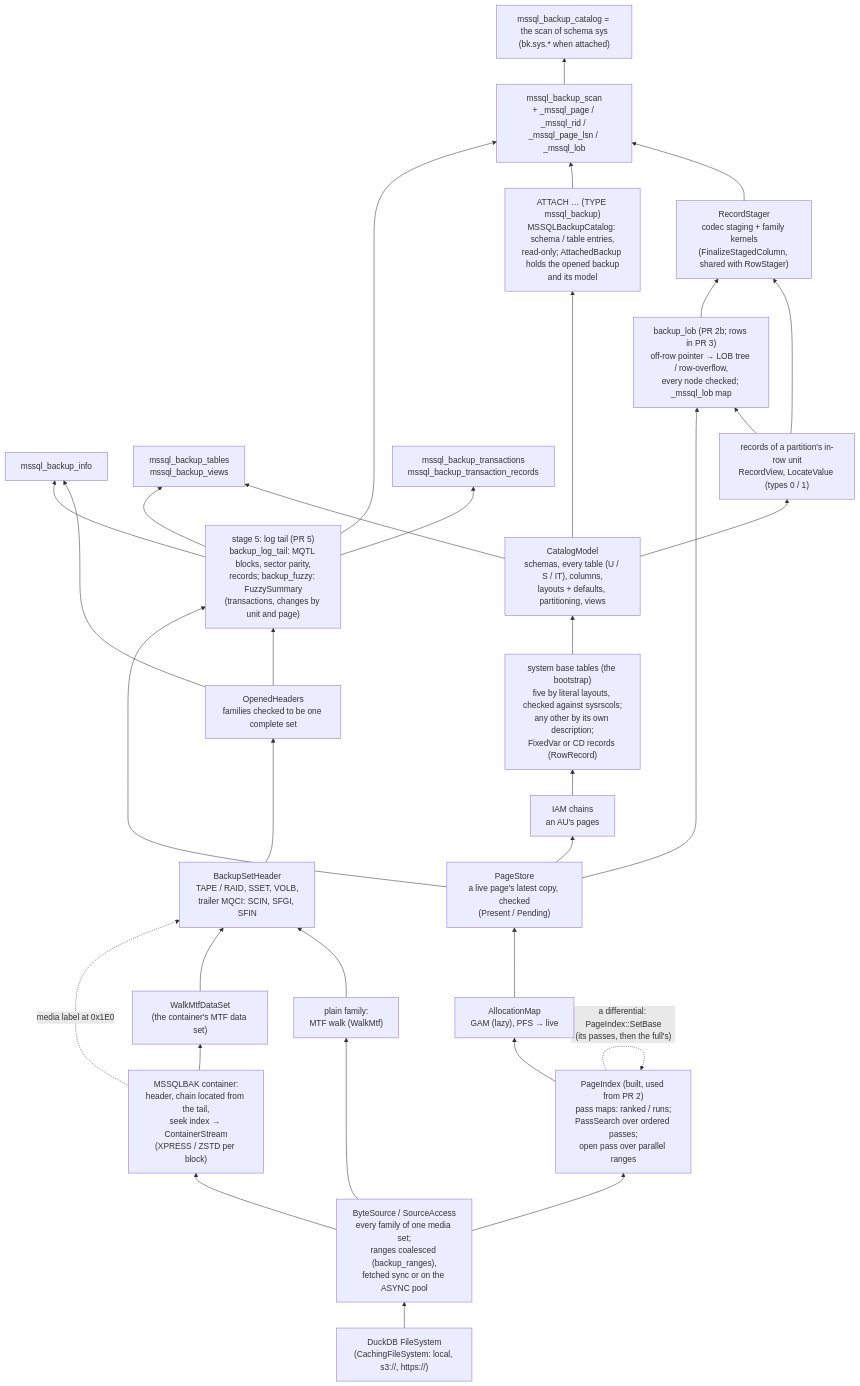
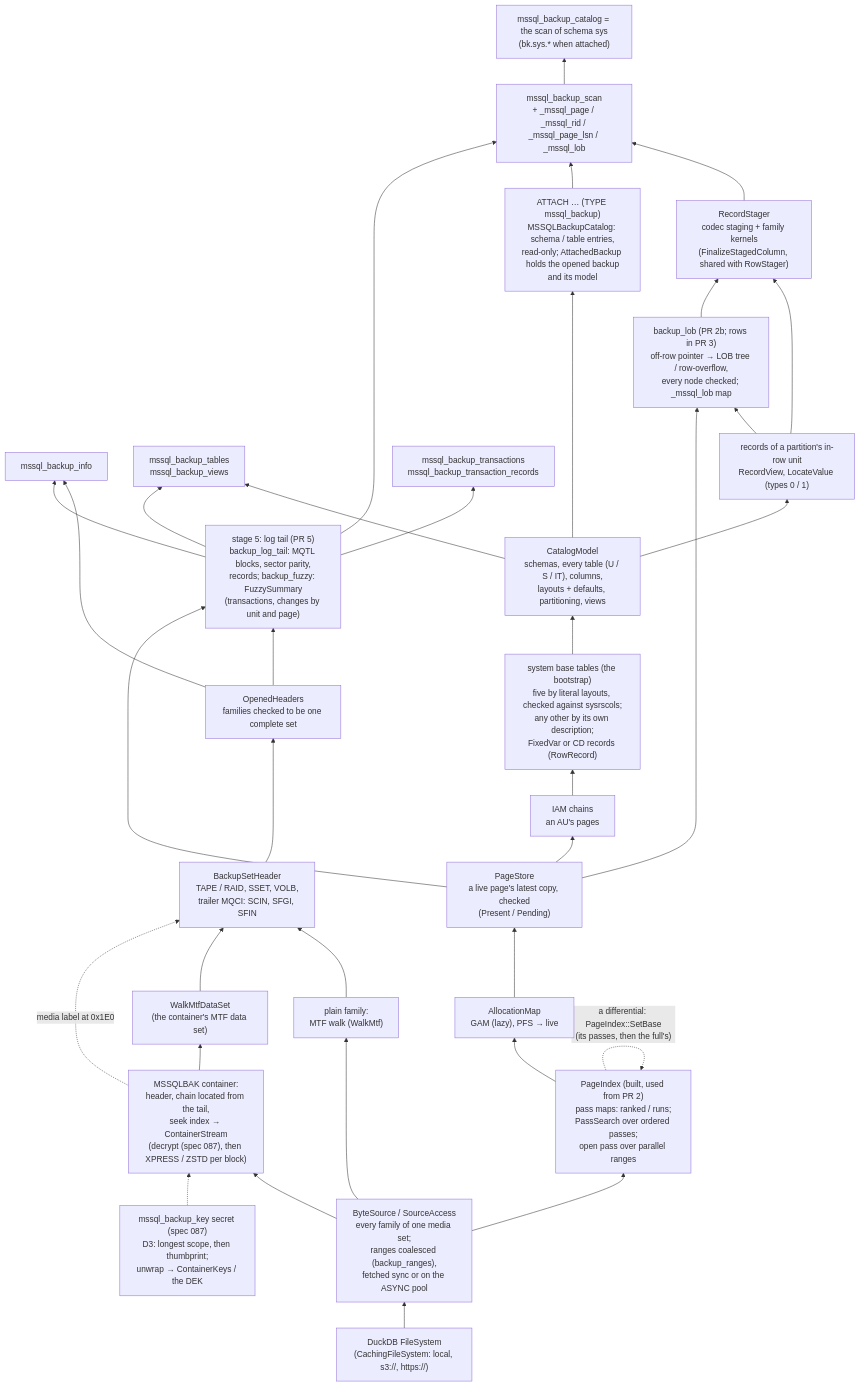
One commit to hugr-lab/mssql-extension changed diagram 20 of 22 in DATAMODEL.md. Above: the diagram before and after it, drawn with Mermaid. The commit also changed other lines of this file and 57 other files, not shown here.

````diff
--- a/DATAMODEL.md
+++ b/DATAMODEL.md
@@ -1537,35 +1537,36 @@
 ```mermaid
 flowchart BT
   fs["DuckDB FileSystem<br/>(CachingFileSystem: local, s3://, https://)"] --> src["ByteSource / SourceAccess<br/>every family of one media set;<br/>ranges coalesced (backup_ranges),<br/>fetched sync or on the ASYNC pool"]
   src --> plain["plain family:<br/>MTF walk (WalkMtf)"]
-  src --> cont["MSSQLBAK container:<br/>header, chain located from the tail,<br/>seek index → ContainerStream<br/>(XPRESS / ZSTD per block)"]
+  src --> cont["MSSQLBAK container:<br/>header, chain located from the tail,<br/>seek index → ContainerStream<br/>(decrypt (spec 087), then XPRESS / ZSTD per block)"]
+  secret["mssql_backup_key secret (spec 087)<br/>D3: longest scope, then thumbprint;<br/>unwrap → ContainerKeys / the DEK"] -.-> cont
   cont --> ds["WalkMtfDataSet<br/>(the container's MTF data set)"]
   plain --> set["BackupSetHeader<br/>TAPE / RAID, SSET, VOLB,<br/>trailer MQCI: SCIN, SFGI, SFIN"]
   ds --> set
   cont -. media label at 0x1E0 .-> set
   set --> opened["OpenedHeaders<br/>families checked to be one complete set"]
   opened --> info["mssql_backup_info"]
   src --> idx["PageIndex (built, used from PR 2)<br/>pass maps: ranked / runs;<br/>PassSearch over ordered passes;<br/>open pass over parallel ranges"]
   idx --> alloc["AllocationMap<br/>GAM (lazy), PFS → live"]
   alloc --> store["PageStore<br/>a live page's latest copy, checked<br/>(Present / Pending)"]
   store --> iam["IAM chains<br/>an AU's pages"]
   iam --> sys["system base tables (the bootstrap)<br/>five by literal layouts, checked against sysrscols;<br/>any other by its own description;<br/>FixedVar or CD records (RowRecord)"]
   sys --> model["CatalogModel<br/>schemas, every table (U / S / IT), columns,<br/>layouts + defaults, partitioning, views"]
   model --> tables["mssql_backup_tables<br/>mssql_backup_views"]
   model --> rec["records of a partition's in-row unit<br/>RecordView, LocateValue (types 0 / 1)"]
   rec --> stager["RecordStager<br/>codec staging + family kernels<br/>(FinalizeStagedColumn, shared with RowStager)"]
   rec --> lob["backup_lob (PR 2b; rows in PR 3)<br/>off-row pointer → LOB tree / row-overflow,<br/>every node checked; _mssql_lob map"]
   store --> lob
   lob --> stager
   stager --> scan["mssql_backup_scan<br/>+ _mssql_page / _mssql_rid / _mssql_page_lsn / _mssql_lob"]
   scan --> basetables["mssql_backup_catalog = the scan of schema sys<br/>(bk.sys.* when attached)"]
   model --> att["ATTACH … (TYPE mssql_backup)<br/>MSSQLBackupCatalog: schema / table entries,<br/>read-only; AttachedBackup holds the opened backup<br/>and its model"]
   att --> scan
   idx -. "a differential: PageIndex::SetBase<br/>(its passes, then the full's)" .-> idx
   opened --> tail["stage 5: log tail (PR 5)<br/>backup_log_tail: MQTL blocks, sector parity,<br/>records; backup_fuzzy: FuzzySummary<br/>(transactions, changes by unit and page)"]
   tail --> info
   tail --> tables
   tail --> scan
   tail --> log["mssql_backup_transactions<br/>mssql_backup_transaction_records"]
   store --> tail
 ```
````
